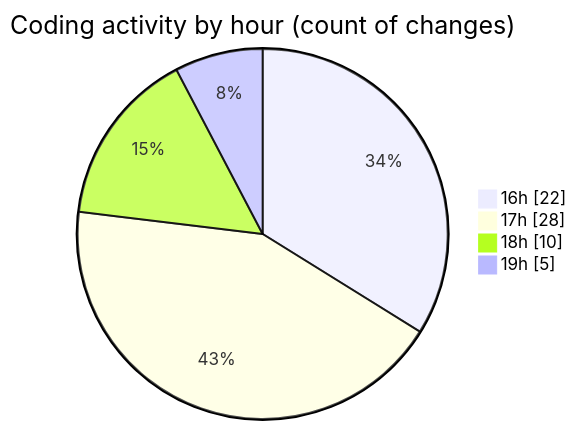
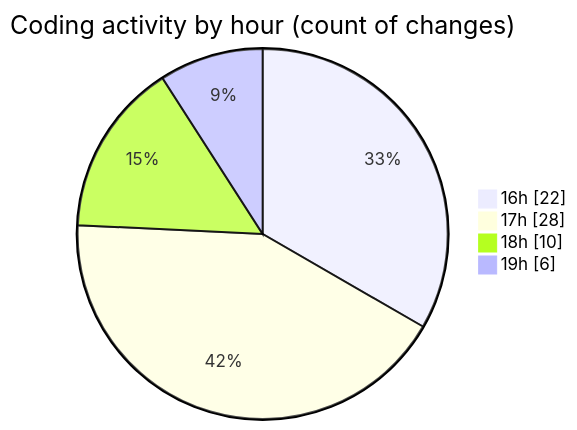
Before and after one commit to becaeroporto-bot/code-tracking: the second of 2 diagrams in 2026-02-17/bot_v1_2/README.md, drawn with Mermaid. The commit also changed other lines of this file and 1 other file, not shown here.

````diff
--- a/2026-02-17/bot_v1_2/README.md
+++ b/2026-02-17/bot_v1_2/README.md
@@ -52,8 +52,8 @@
 ```mermaid
 pie showData
 title Coding activity by hour (count of changes)
 "16h" : 22
 "17h" : 28
 "18h" : 10
-"19h" : 5
+"19h" : 6
 ```
````
